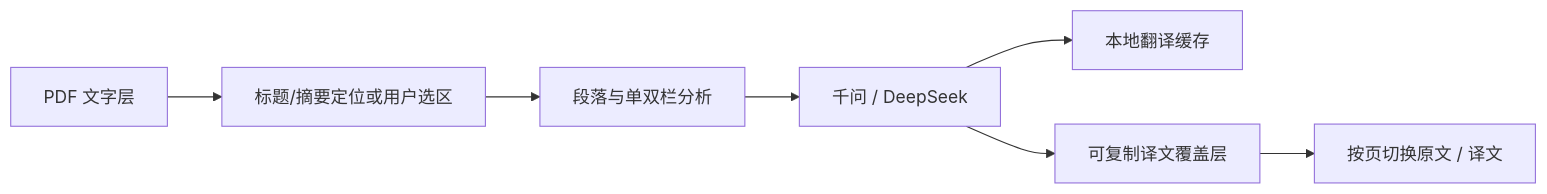
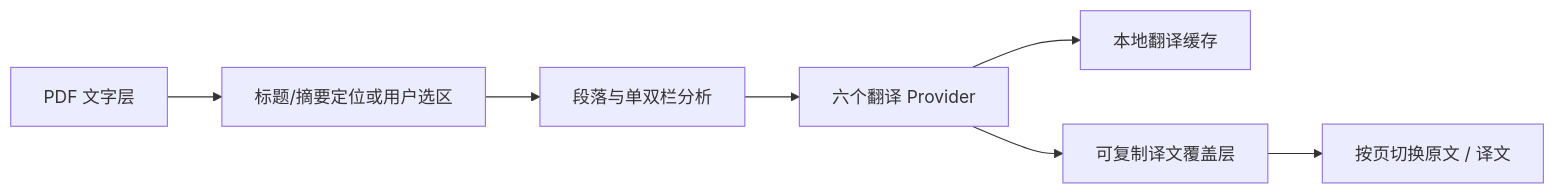
One commit to Kumiko-kmk/Translator-for-Zotero changed the diagram in README.md. Above: the diagram before and after it, drawn with Mermaid. The commit also changed other lines of this file and 14 other files, not shown here.

````diff
--- a/README.md
+++ b/README.md
@@ -35,9 +35,9 @@
 ```mermaid
 flowchart LR
     A["PDF 文字层"] --> B["标题/摘要定位或用户选区"]
     B --> C["段落与单双栏分析"]
-    C --> D["千问 / DeepSeek"]
+    C --> D["六个翻译 Provider"]
     D --> E["本地翻译缓存"]
     D --> F["可复制译文覆盖层"]
     F --> G["按页切换原文 / 译文"]
 ```
````
